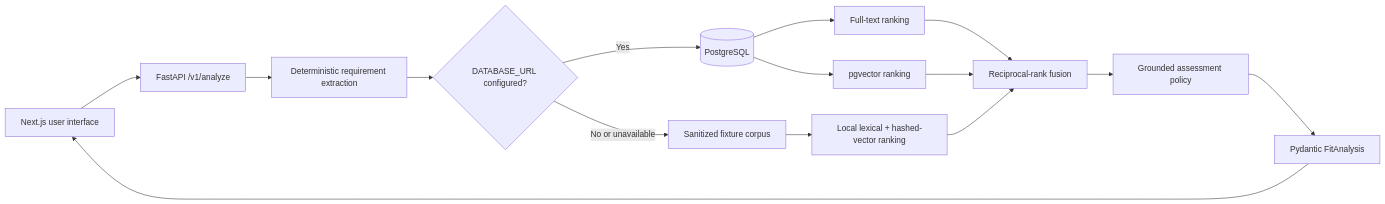
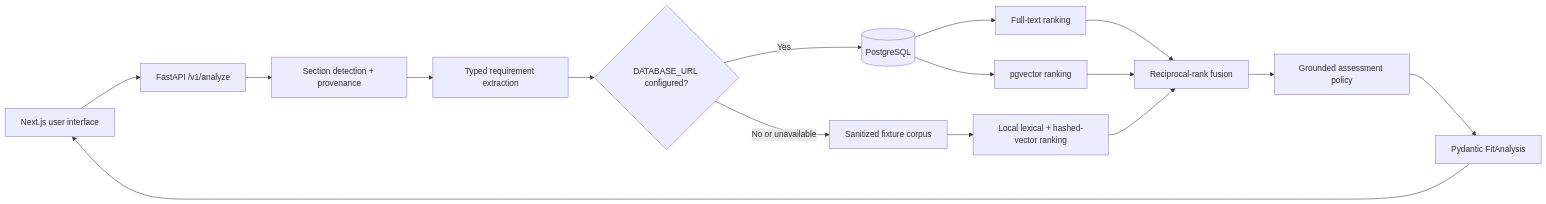
Before and after one commit to tjfalcon/rolesignal: the diagram in README.md, drawn with Mermaid. The commit also changed other lines of this file and 11 other files, not shown here.

````diff
--- a/README.md
+++ b/README.md
@@ -42,17 +46,18 @@
 ```mermaid
 flowchart LR
   Browser[Next.js user interface] --> API[FastAPI /v1/analyze]
-  API --> Extract[Deterministic requirement extraction]
+  API --> Sections[Section detection + provenance]
+  Sections --> Extract[Typed requirement extraction]
   Extract --> Select{DATABASE_URL configured?}
   Select -->|Yes| PG[(PostgreSQL)]
   PG --> FTS[Full-text ranking]
   PG --> Vector[pgvector ranking]
   FTS --> Fuse[Reciprocal-rank fusion]
   Vector --> Fuse
   Select -->|No or unavailable| Fixture[Sanitized fixture corpus]
   Fixture --> Local[Local lexical + hashed-vector ranking]
   Local --> Fuse
   Fuse --> Assess[Grounded assessment policy]
   Assess --> Contract[Pydantic FitAnalysis]
   Contract --> Browser
 ```
````
